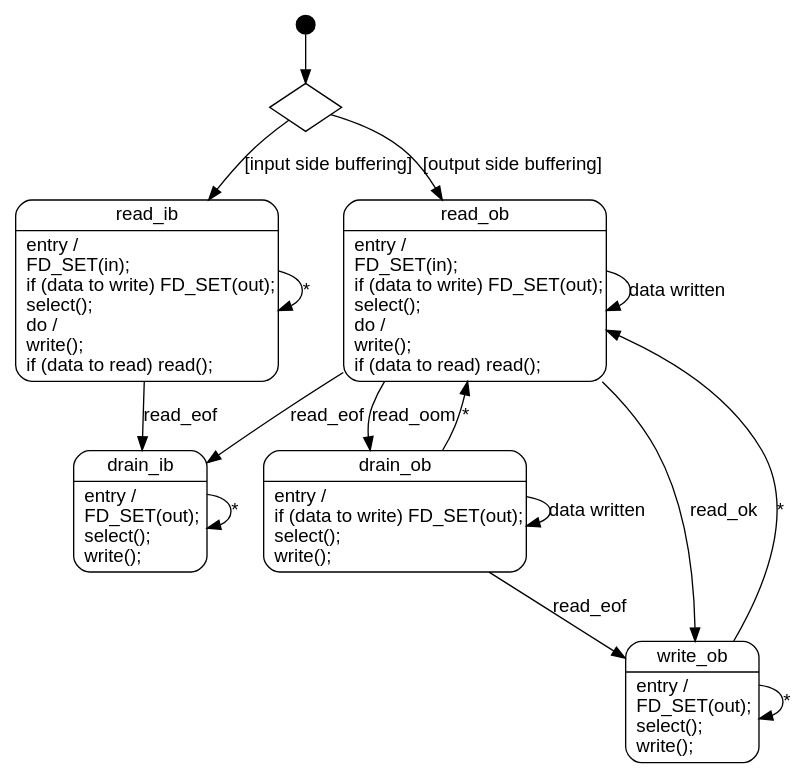
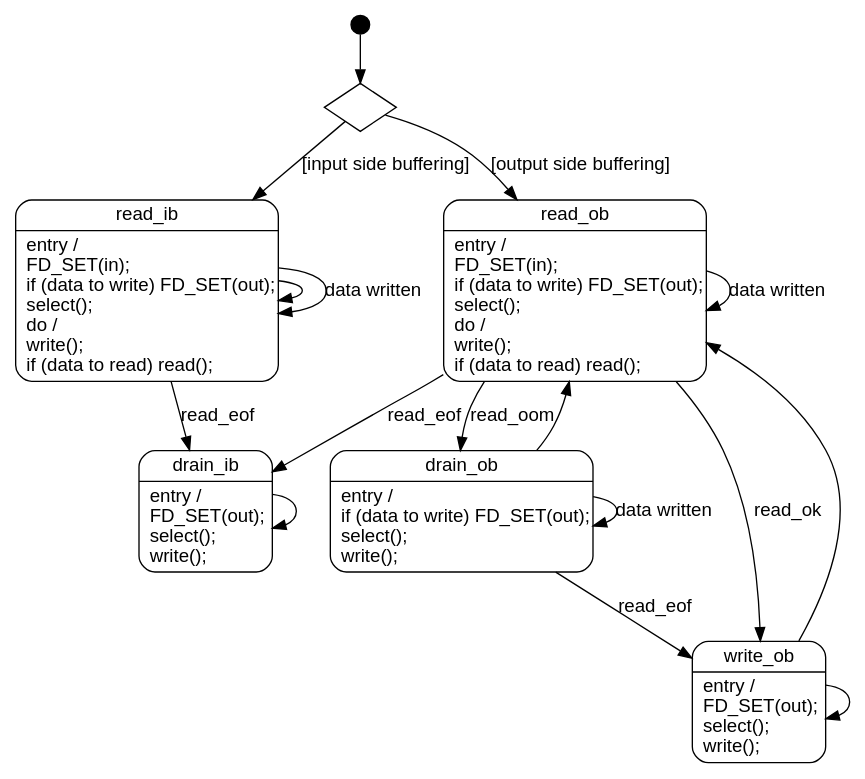
The diagram in tee-state.dot (dspinellis/dgsh), drawn with Graphviz before and after one commit.

Commit message:
Remove *, add data written escape

```diff
--- a/tee-state.dot
+++ b/tee-state.dot
@@ -1,35 +1,36 @@
 digraph teestate {
 	node [shape="record", style="rounded", fontname="Arial"];
 	edge [fontname="Arial"];
 
 	drain_ib [label="{drain_ib|entry /\lFD_SET(out);\lselect();\lwrite();\l}"];
 	drain_ob [label="{drain_ob|entry /\lif (data to write) FD_SET(out);\lselect();\lwrite();\l}"];
 	read_ib [label="{read_ib|entry /\lFD_SET(in);\lif (data to write) FD_SET(out);\lselect();\ldo /\lwrite();\lif (data to read) read();\l}"];
 	read_ob [label="{read_ob|entry /\lFD_SET(in);\lif (data to write) FD_SET(out);\lselect();\ldo /\lwrite();\lif (data to read) read();\l}"];
 	write_ob [label="{write_ob|entry /\lFD_SET(out);\lselect();\lwrite();\l}"];
 
 	read_ob -> drain_ib [label="read_eof"];
 	read_ob -> write_ob [label="read_ok"];
 	read_ob -> drain_ob [label="read_oom"];
 	read_ob -> read_ob [label="data written"];
 
 	read_ib -> drain_ib [label="read_eof"];
-	read_ib -> read_ib [label="*"];
+	read_ib -> read_ib [label=""];
+	read_ib -> read_ib [label="data written"];
 
-	drain_ib -> drain_ib [label="*"];
+	drain_ib -> drain_ib [label=""];
 
-	write_ob -> read_ob [label="*"];
-	write_ob -> write_ob [label="*"];
+	write_ob -> read_ob [label=""];
+	write_ob -> write_ob [label=""];
 
-	drain_ob -> read_ob [label="*"];
+	drain_ob -> read_ob [label=""];
 	drain_ob -> write_ob [label="read_eof"];
 	drain_ob -> drain_ob [label="data written"];
 
 	start [shape=circle,style=filled,label="",width=0.2,fillcolor=black,fixedsize=true];
 	bufftype [shape=diamond,label="",style=""];
 	start -> bufftype;
 	bufftype -> read_ib [label="[input side buffering]"];
 	bufftype -> read_ob [label="[output side buffering]"];
 
 	/* end [shape=doublecircle,style=filled,label="",width=0.3,fixedsize=true]; */
 }
```
